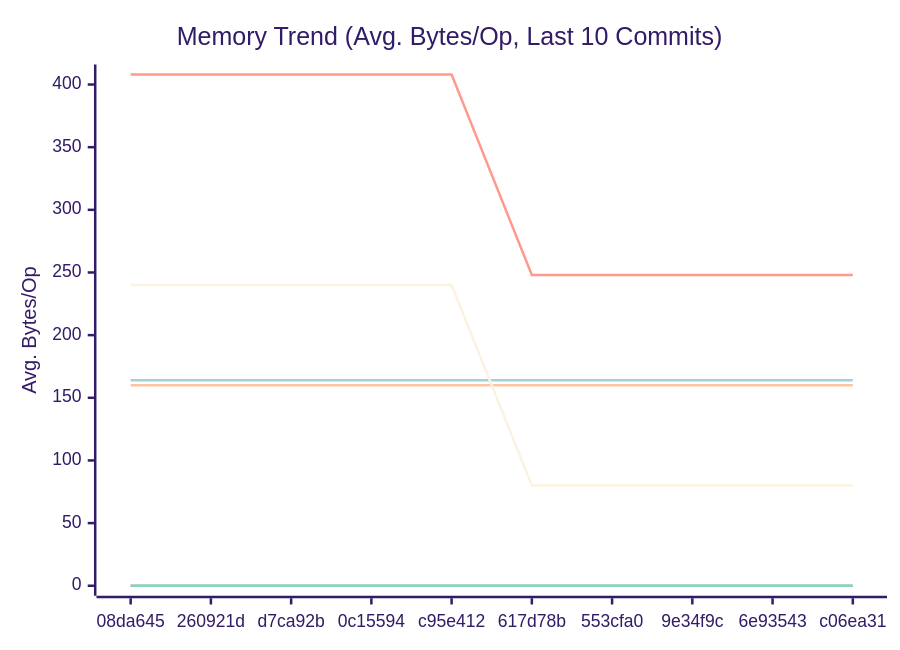
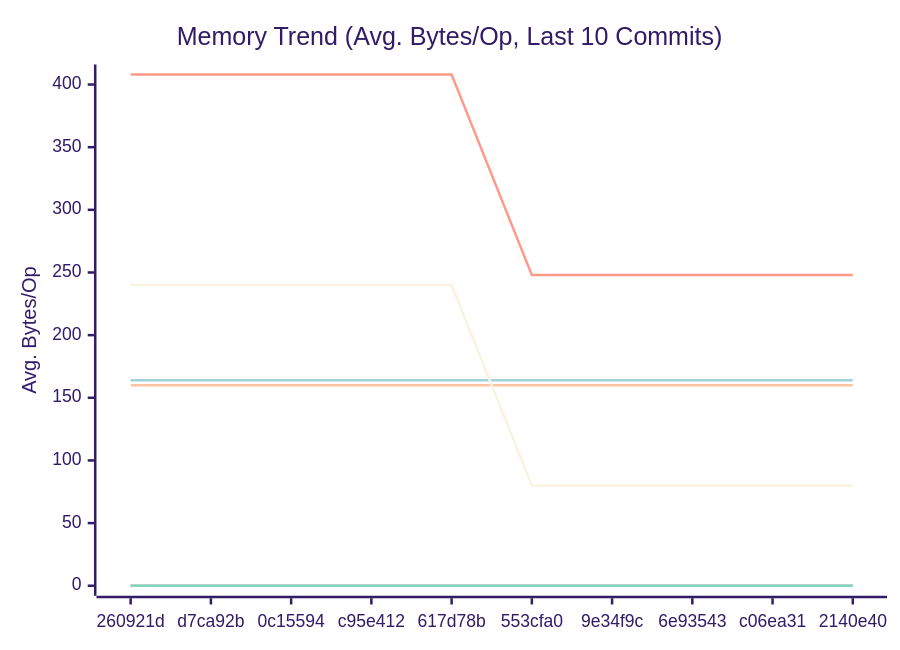
The second of 3 diagrams in docs/PERFORMANCE.md (alsotoes/momo), drawn with Mermaid (forest theme) before and after one commit. The commit also changed other lines of this file and 2 other files, not shown here.

````diff
--- a/docs/PERFORMANCE.md
+++ b/docs/PERFORMANCE.md
@@ -97,16 +97,16 @@
 ```mermaid
 xychart-beta
     title "Memory Trend (Avg. Bytes/Op, Last 10 Commits)"
     x-axis "Commit"
     y-axis "Avg. Bytes/Op"
-    x-axis [08da645,260921d,d7ca92b,0c15594,c95e412,617d78b,553cfa0,9e34f9c,6e93543,c06ea31]
+    x-axis [260921d,d7ca92b,0c15594,c95e412,617d78b,553cfa0,9e34f9c,6e93543,c06ea31,2140e40]
     line "CheckMetricsAndSwap" [0,0,0,0,0,0,0,0,0,0]
     line "CrushOptimized" [0,0,0,0,0,0,0,0,0,0]
     line "CrushOriginal" [164,164,164,164,164,164,164,164,164,164]
     line "IndexDirectTracking" [0,0,0,0,0,0,0,0,0,0]
     line "IndexSearch" [0,0,0,0,0,0,0,0,0,0]
     line "LoadGlobalConfig" [160,160,160,160,160,160,160,160,160,160]
     line "PadString" [0,0,0,0,0,0,0,0,0,0]
     line "ParseReplicationOrder_NoPrealloc" [408,408,408,408,408,248,248,248,248,248]
     line "ParseReplicationOrder_Prealloc" [240,240,240,240,240,80,80,80,80,80]
 ```
````
